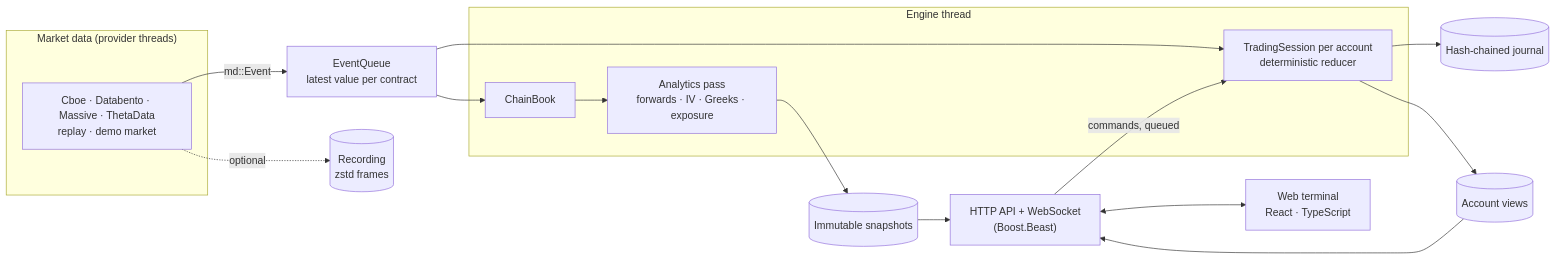
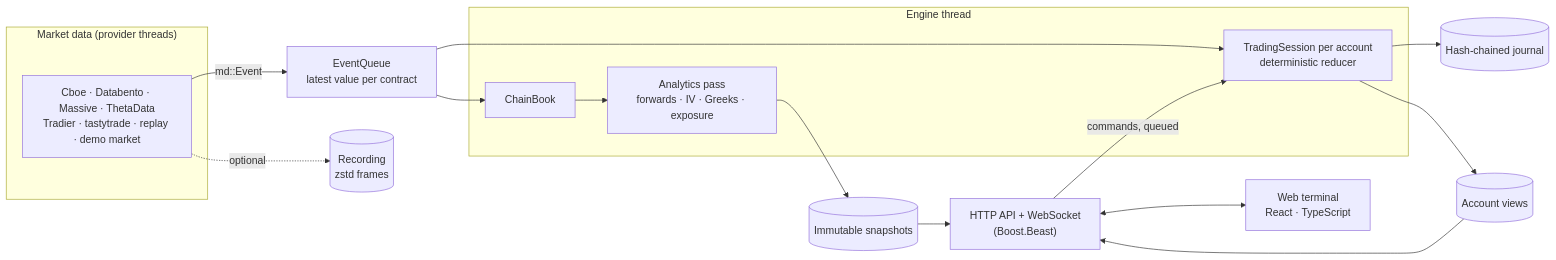
The diagram in docs/architecture.md (38st/openport), drawn with Mermaid before and after one commit. The commit also changed other lines of this file and 30 other files, not shown here.

````diff
--- a/docs/architecture.md
+++ b/docs/architecture.md
@@ -7,21 +7,21 @@
 ```mermaid
 flowchart LR
   subgraph feed["Market data (provider threads)"]
-    P["Cboe · Databento · Massive · ThetaData<br/>replay · demo market"]
+    P["Cboe · Databento · Massive · ThetaData<br/>Tradier · tastytrade · replay · demo market"]
   end
   P -- "md::Event" --> Q["EventQueue<br/>latest value per contract"]
   P -. "optional" .-> R[("Recording<br/>zstd frames")]
   subgraph engine["Engine thread"]
     B["ChainBook"] --> A["Analytics pass<br/>forwards · IV · Greeks · exposure"]
     T["TradingSession per account<br/>deterministic reducer"]
   end
   Q --> B
   Q --> T
   A --> S[("Immutable snapshots")]
   T --> J[("Hash-chained journal")]
   T --> V[("Account views")]
   S --> W["HTTP API + WebSocket<br/>(Boost.Beast)"]
   V --> W
   W <--> UI["Web terminal<br/>React · TypeScript"]
   W -- "commands, queued" --> T
 ```
````
